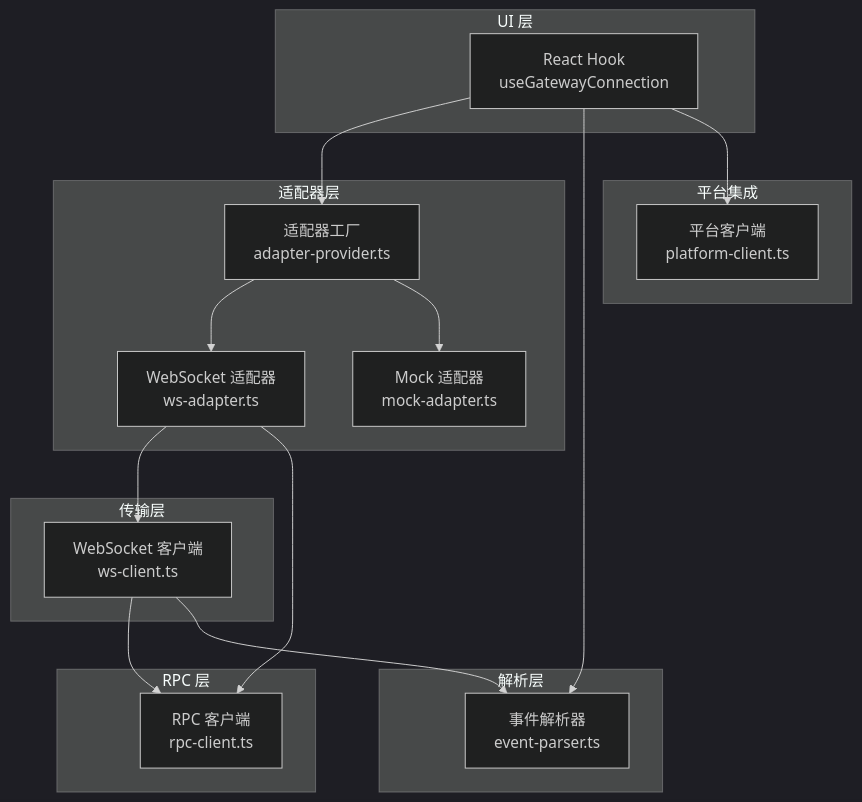
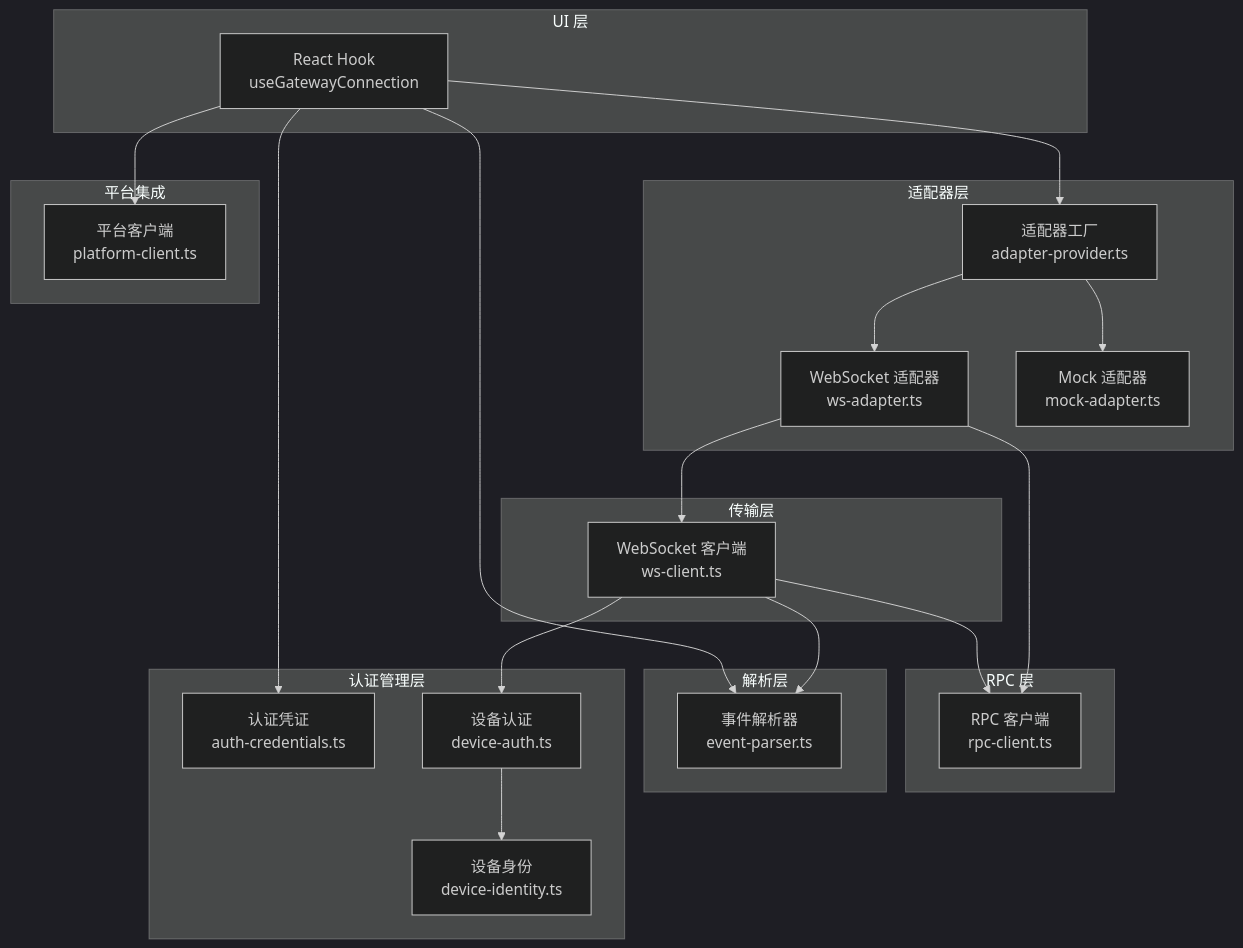
One commit to WW-AI-Lab/openclaw-office changed the first of 11 diagrams in .qoder/repowiki/zh/content/网关通信层/网关通信层.md. Above: the diagram before and after it, drawn with Mermaid (dark theme). The commit also changed other lines of this file and 9 other files, not shown here.

````diff
--- a/.qoder/repowiki/zh/content/网关通信层/网关通信层.md
+++ b/.qoder/repowiki/zh/content/网关通信层/网关通信层.md
@@ -52,32 +64,40 @@
 ```mermaid
 graph TB
 subgraph "UI 层"
 Hooks["React Hook<br/>useGatewayConnection"]
 end
 subgraph "适配器层"
 AdapterProvider["适配器工厂<br/>adapter-provider.ts"]
 WsAdapter["WebSocket 适配器<br/>ws-adapter.ts"]
 MockAdapter["Mock 适配器<br/>mock-adapter.ts"]
 end
 subgraph "传输层"
 WsClient["WebSocket 客户端<br/>ws-client.ts"]
 end
 subgraph "RPC 层"
 RpcClient["RPC 客户端<br/>rpc-client.ts"]
 end
 subgraph "解析层"
 EventParser["事件解析器<br/>event-parser.ts"]
 end
 subgraph "平台集成"
 PlatformClient["平台客户端<br/>platform-client.ts"]
 end
+subgraph "认证管理层"
+AuthCredentials["认证凭证<br/>auth-credentials.ts"]
+DeviceAuth["设备认证<br/>device-auth.ts"]
+DeviceIdentity["设备身份<br/>device-identity.ts"]
+end
 Hooks --> AdapterProvider
 AdapterProvider --> WsAdapter
 AdapterProvider --> MockAdapter
 WsAdapter --> WsClient
 WsAdapter --> RpcClient
 WsClient --> RpcClient
 WsClient --> EventParser
 Hooks --> EventParser
 Hooks --> PlatformClient
+Hooks --> AuthCredentials
+WsClient --> DeviceAuth
+DeviceAuth --> DeviceIdentity
 ```
````
